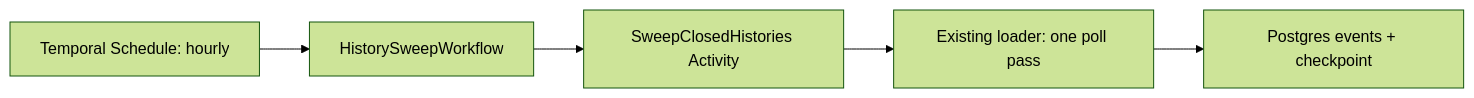
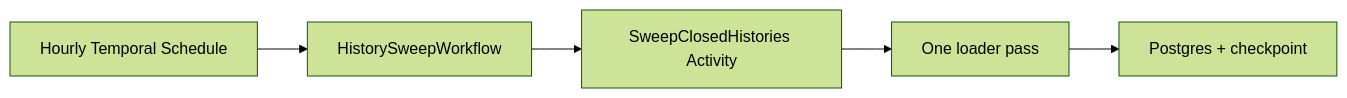
One commit to technoidentity-kuncha/temporal-cloud-elk-kit changed the second of 2 diagrams in audit/README.md. Above: the diagram before and after it, drawn with Mermaid (forest theme). The commit also changed other lines of this file and 24 other files, not shown here.

````diff
--- a/audit/README.md
+++ b/audit/README.md
@@ -113,7 +83,6 @@
 ```mermaid
 flowchart LR
-    schedule["Temporal Schedule: hourly"] --> workflow["HistorySweepWorkflow"]
+    schedule["Hourly Temporal Schedule"] --> workflow["HistorySweepWorkflow"]
     workflow --> activity["SweepClosedHistories Activity"]
-    activity --> loader["Existing loader: one poll pass"]
-    loader --> db["Postgres events + checkpoint"]
+    activity --> loader["One loader pass"] --> db["Postgres + checkpoint"]
 ```
````
